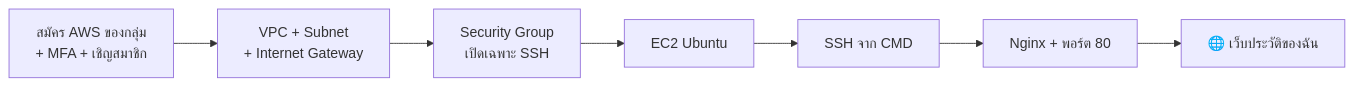
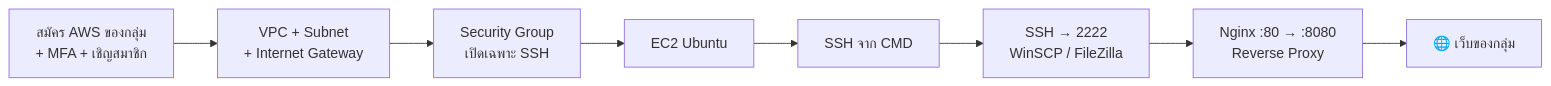
One commit to aumnaj/ict24167 changed the diagram in README.md. Above: the diagram before and after it, drawn with Mermaid. The commit also changed other lines of this file, not shown here.

````diff
--- a/README.md
+++ b/README.md
@@ -18,9 +18,10 @@
 ```mermaid
 flowchart LR
     A["สมัคร AWS ของกลุ่ม<br/>+ MFA + เชิญสมาชิก"] --> B["VPC + Subnet<br/>+ Internet Gateway"]
     B --> C["Security Group<br/>เปิดเฉพาะ SSH"]
     C --> D["EC2 Ubuntu"]
     D --> E["SSH จาก CMD"]
-    E --> F["Nginx + พอร์ต 80"]
-    F --> G["🌐 เว็บประวัติของฉัน"]
+    E --> F["SSH → 2222<br/>WinSCP / FileZilla"]
+    F --> G["Nginx :80 → :8080<br/>Reverse Proxy"]
+    G --> H["🌐 เว็บของกลุ่ม"]
 ```
````
